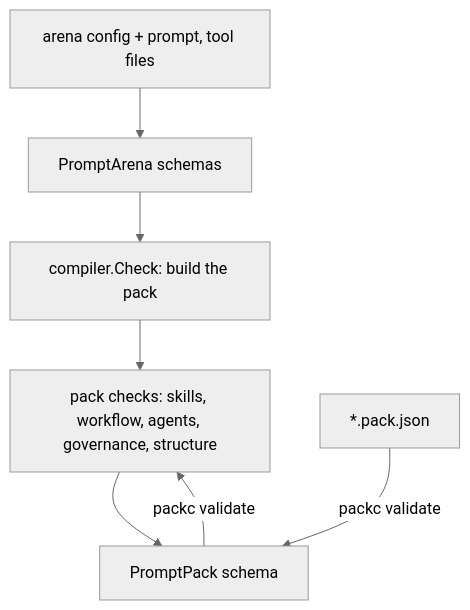
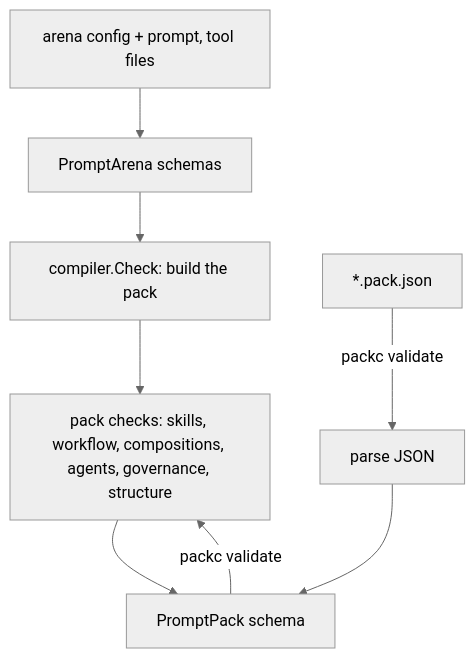
One commit to AltairaLabs/promptarena changed the diagram in docs/src/content/docs/packc/explanation/validation.md. Above: the diagram before and after it, drawn with Mermaid (neutral theme). The commit also changed other lines of this file and 68 other files, not shown here.

First line of the commit message:
fix(packc): share pack checks across compile, compile-prompt and validate

````diff
--- a/docs/src/content/docs/packc/explanation/validation.md
+++ b/docs/src/content/docs/packc/explanation/validation.md
@@ -34,12 +35,13 @@
 ```mermaid
 flowchart TD
   src["arena config + prompt, tool files"]
   schemaSrc["PromptArena schemas"]
   build["compiler.Check: build the pack"]
-  packChecks["pack checks: skills, workflow, agents, governance, structure"]
+  packChecks["pack checks: skills, workflow, compositions, agents, governance, structure"]
   packSchema["PromptPack schema"]
   file["*.pack.json"]
+  parse["parse JSON"]
   src --> schemaSrc --> build --> packChecks --> packSchema
-  file -- "packc validate" --> packSchema
+  file -- "packc validate" --> parse --> packSchema
   packSchema -- "packc validate" --> packChecks
 ```
````
